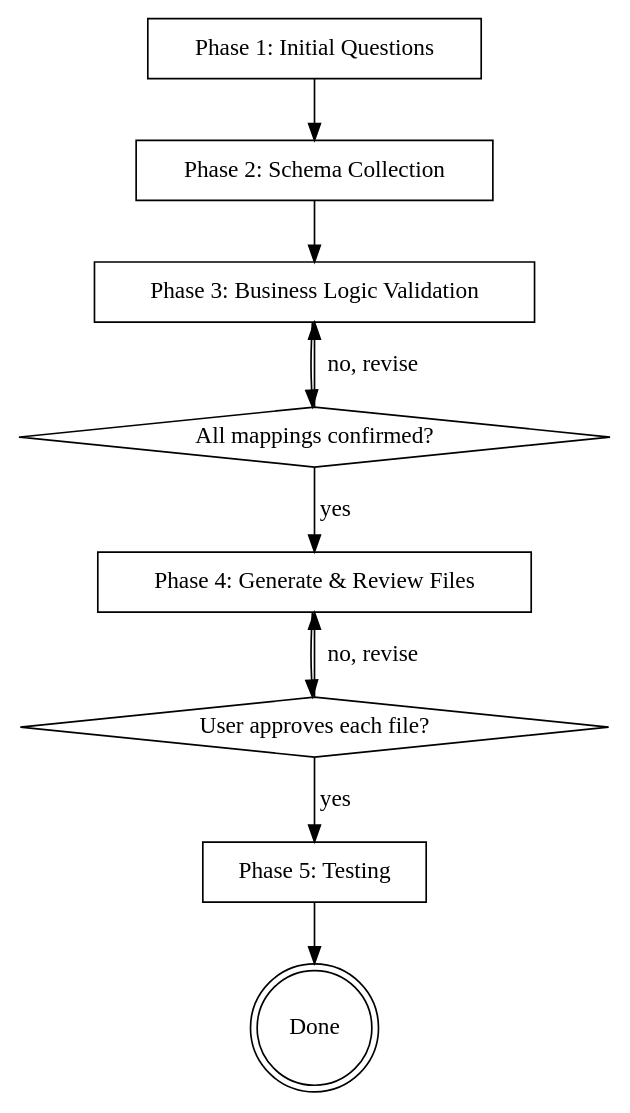
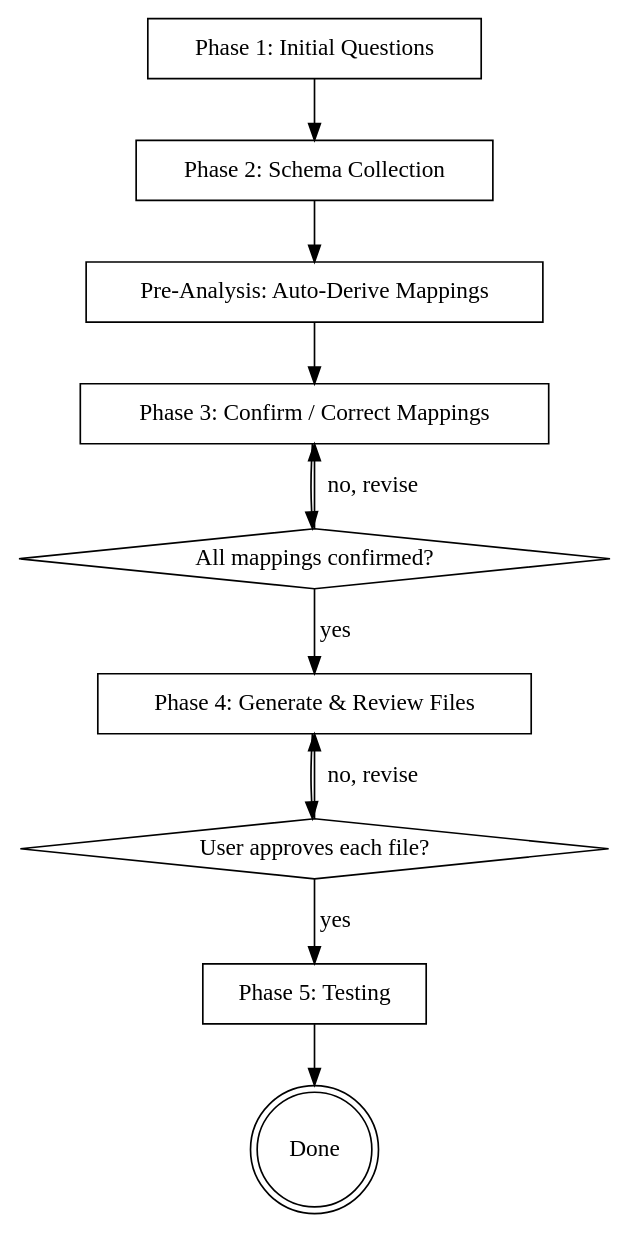
Before and after one commit to linuxfoundation/crowd.dev: the diagram in .claude/skills/scaffold-snowflake-connector/SKILL.md, drawn with Graphviz. The commit also changed other lines of this file, not shown here.

````diff
--- a/.claude/skills/scaffold-snowflake-connector/SKILL.md
+++ b/.claude/skills/scaffold-snowflake-connector/SKILL.md
@@ -16,22 +16,24 @@
 ```dot
 digraph scaffold {
   "Phase 1: Initial Questions" [shape=box];
   "Phase 2: Schema Collection" [shape=box];
-  "Phase 3: Business Logic Validation" [shape=box];
+  "Pre-Analysis: Auto-Derive Mappings" [shape=box];
+  "Phase 3: Confirm / Correct Mappings" [shape=box];
   "All mappings confirmed?" [shape=diamond];
   "Phase 4: Generate & Review Files" [shape=box];
   "User approves each file?" [shape=diamond];
   "Phase 5: Testing" [shape=box];
   "Done" [shape=doublecircle];
 
   "Phase 1: Initial Questions" -> "Phase 2: Schema Collection";
-  "Phase 2: Schema Collection" -> "Phase 3: Business Logic Validation";
-  "Phase 3: Business Logic Validation" -> "All mappings confirmed?";
-  "All mappings confirmed?" -> "Phase 3: Business Logic Validation" [label="no, revise"];
+  "Phase 2: Schema Collection" -> "Pre-Analysis: Auto-Derive Mappings";
+  "Pre-Analysis: Auto-Derive Mappings" -> "Phase 3: Confirm / Correct Mappings";
+  "Phase 3: Confirm / Correct Mappings" -> "All mappings confirmed?";
+  "All mappings confirmed?" -> "Phase 3: Confirm / Correct Mappings" [label="no, revise"];
   "All mappings confirmed?" -> "Phase 4: Generate & Review Files" [label="yes"];
   "Phase 4: Generate & Review Files" -> "User approves each file?";
   "User approves each file?" -> "Phase 4: Generate & Review Files" [label="no, revise"];
   "User approves each file?" -> "Phase 5: Testing" [label="yes"];
   "Phase 5: Testing" -> "Done";
 }
 ```
````
